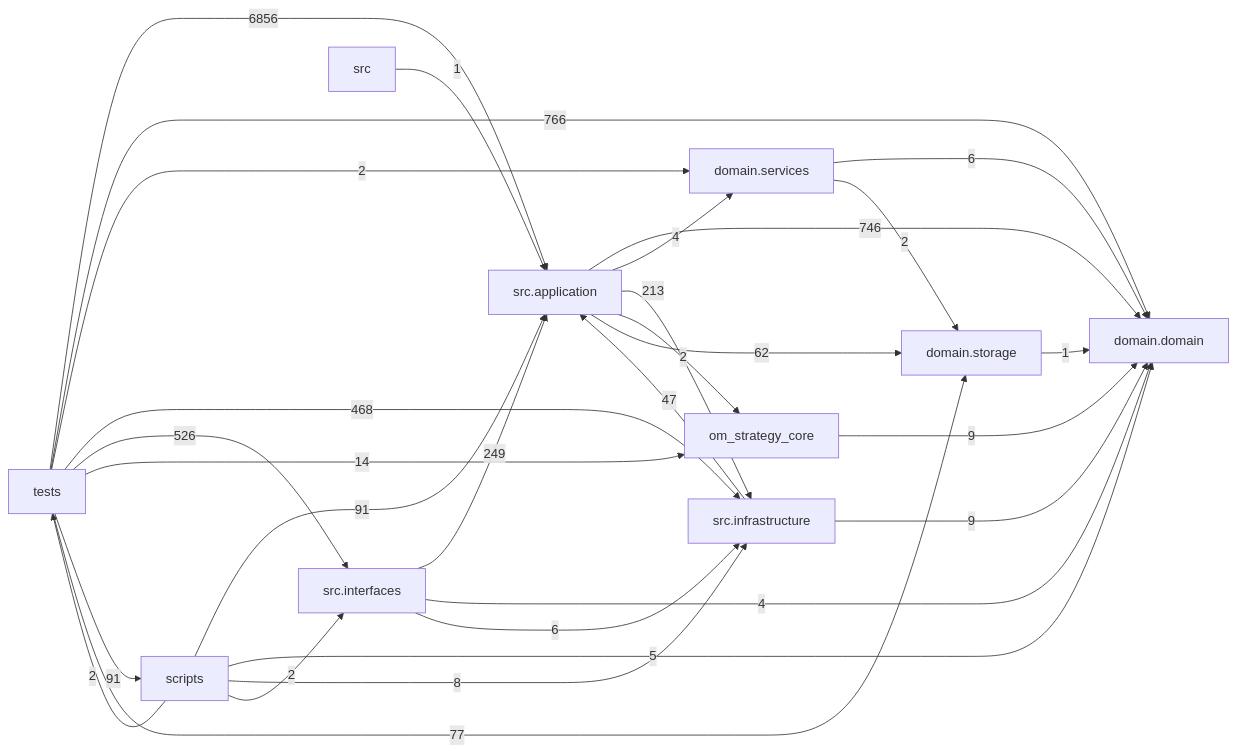
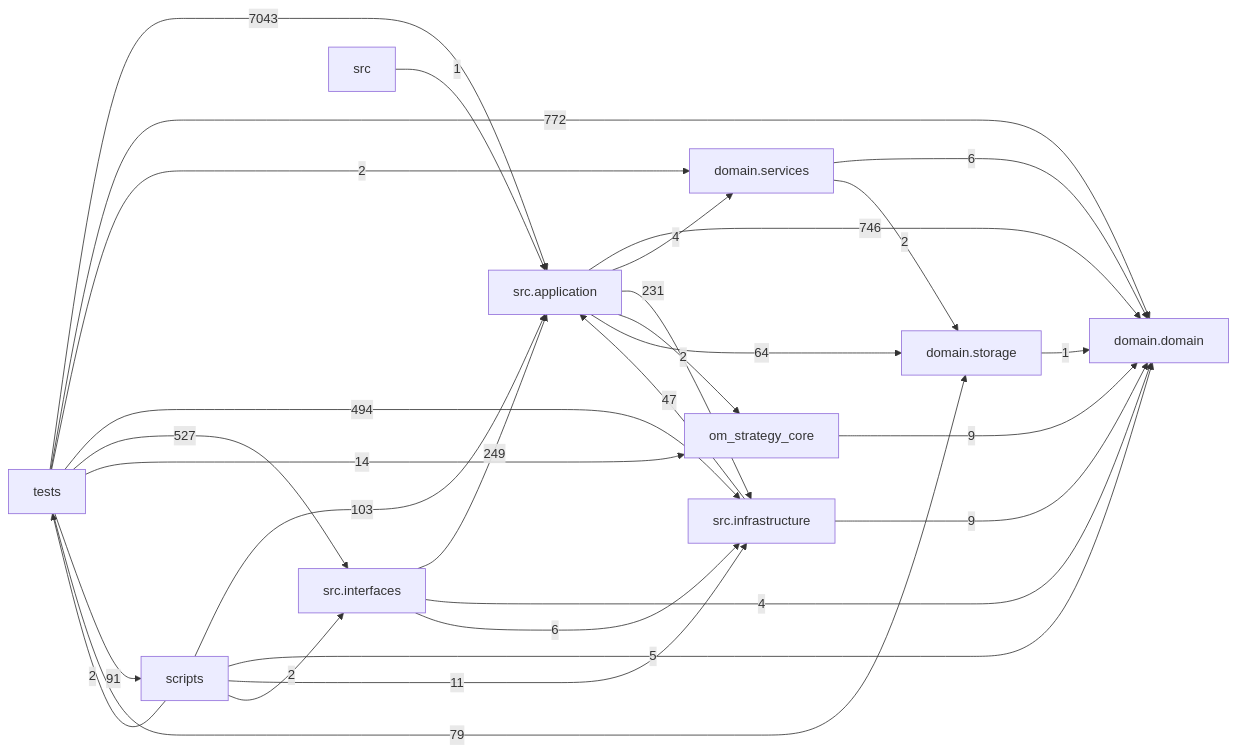
One commit to liuxie066/options-monitor changed the diagram in docs/DEPENDENCY_GRAPH.md. Above: the diagram before and after it, drawn with Mermaid. The commit also changed other lines of this file and 62 other files, not shown here.

````diff
--- a/docs/DEPENDENCY_GRAPH.md
+++ b/docs/DEPENDENCY_GRAPH.md
@@ -24,39 +24,39 @@
 ```mermaid
 flowchart LR
   tests["tests"]
   scripts["scripts"]
   interfaces["src.interfaces"]
   application["src.application"]
   infrastructure["src.infrastructure"]
   domain_services["domain.services"]
   domain["domain.domain"]
   storage["domain.storage"]
   application -->|746| domain
   application -->|4| domain_services
-  application -->|213| infrastructure
+  application -->|231| infrastructure
   application -->|2| om_strategy_core
-  application -->|62| storage
+  application -->|64| storage
   domain_services -->|6| domain
   domain_services -->|2| storage
   infrastructure -->|47| application
   infrastructure -->|9| domain
   interfaces -->|249| application
   interfaces -->|4| domain
   interfaces -->|6| infrastructure
   om_strategy_core -->|9| domain
-  scripts -->|91| application
+  scripts -->|103| application
   scripts -->|5| domain
-  scripts -->|8| infrastructure
+  scripts -->|11| infrastructure
   scripts -->|2| interfaces
   scripts -->|2| tests
   src -->|1| application
   storage -->|1| domain
-  tests -->|6856| application
-  tests -->|766| domain
+  tests -->|7043| application
+  tests -->|772| domain
   tests -->|2| domain_services
-  tests -->|468| infrastructure
-  tests -->|526| interfaces
+  tests -->|494| infrastructure
+  tests -->|527| interfaces
   tests -->|14| om_strategy_core
   tests -->|91| scripts
-  tests -->|77| storage
+  tests -->|79| storage
 ```
````
